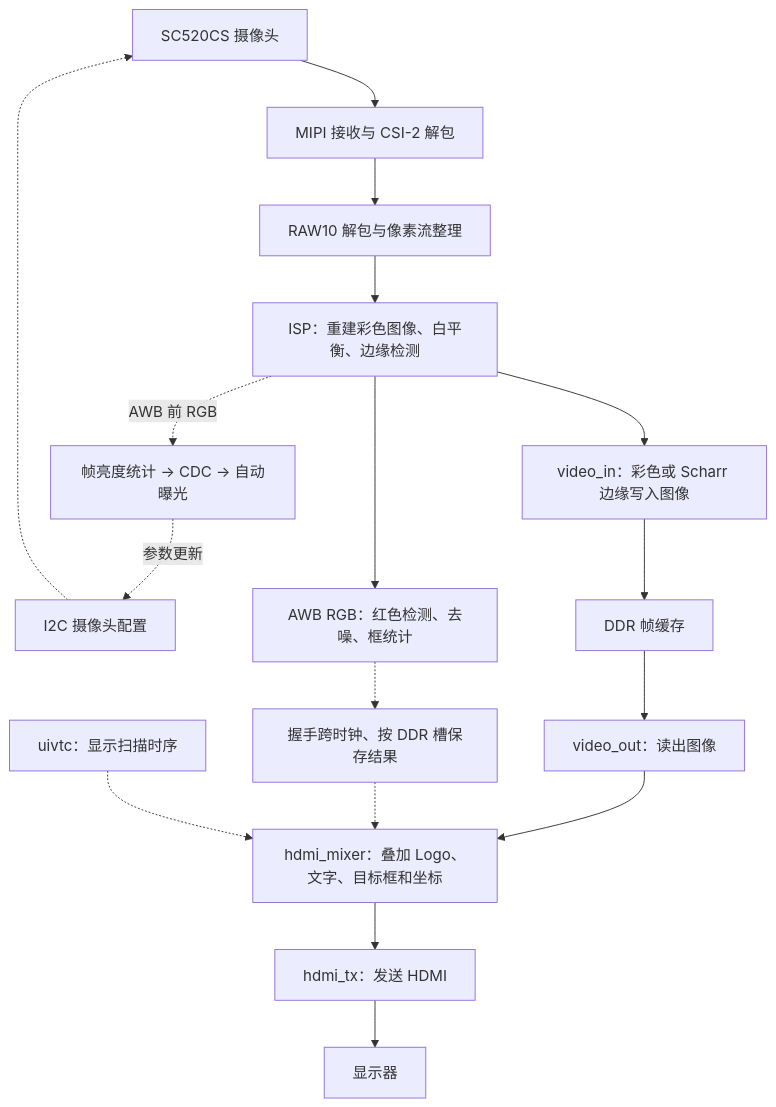
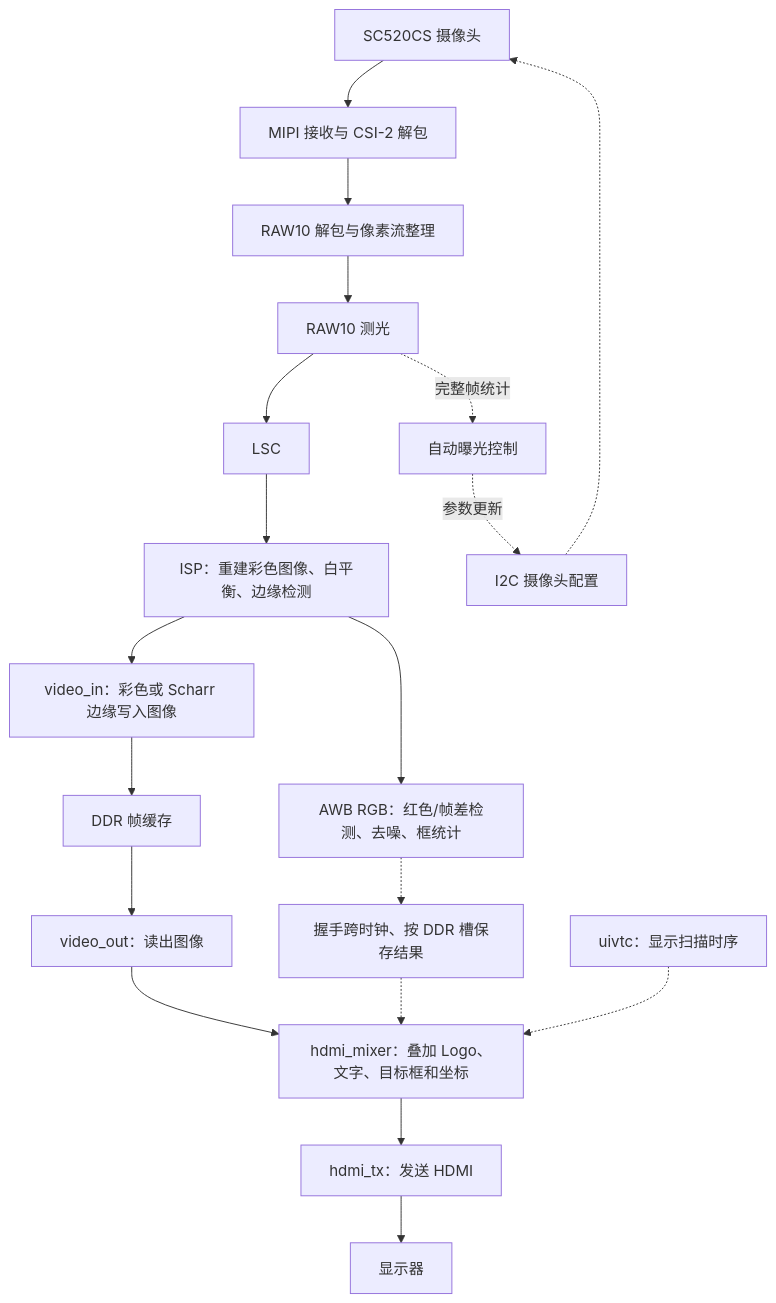
One commit to zhixiabei/FPGA-competition changed the diagram in CODE_MAP.md. Above: the diagram before and after it, drawn with Mermaid. The commit also changed other lines of this file and 57 other files, not shown here.

````diff
--- a/CODE_MAP.md
+++ b/CODE_MAP.md
@@ -108,19 +114,21 @@
 ```mermaid
 flowchart TD
     CAM[SC520CS 摄像头] --> RX[MIPI 接收与 CSI-2 解包]
     RX --> RAW[RAW10 解包与像素流整理]
-    RAW --> ISP[ISP：重建彩色图像、白平衡、边缘检测]
-    ISP -. AWB 前 RGB .-> AE[帧亮度统计 → CDC → 自动曝光]
+    RAW --> AESTATS[RAW10 测光]
+    AESTATS --> LSC[LSC]
+    LSC --> ISP[ISP：重建彩色图像、白平衡、边缘检测]
+    AESTATS -. 完整帧统计 .-> AE[自动曝光控制]
     AE -. 参数更新 .-> CFG
-    ISP --> DET[AWB RGB：红色检测、去噪、框统计]
+    ISP --> DET[AWB RGB：红色/帧差检测、去噪、框统计]
     ISP --> VIN[video_in：彩色或 Scharr 边缘写入图像]
     VIN --> MEM[DDR 帧缓存]
     MEM --> VOUT[video_out：读出图像]
     VOUT --> OSD[hdmi_mixer：叠加 Logo、文字、目标框和坐标]
     DET -.-> META[握手跨时钟、按 DDR 槽保存结果]
     META -.-> OSD
     OSD --> TX[hdmi_tx：发送 HDMI]
     TX --> MON[显示器]
     CFG[I2C 摄像头配置] -.-> CAM
     VTC[uivtc：显示扫描时序] -.-> OSD
 ```
````
